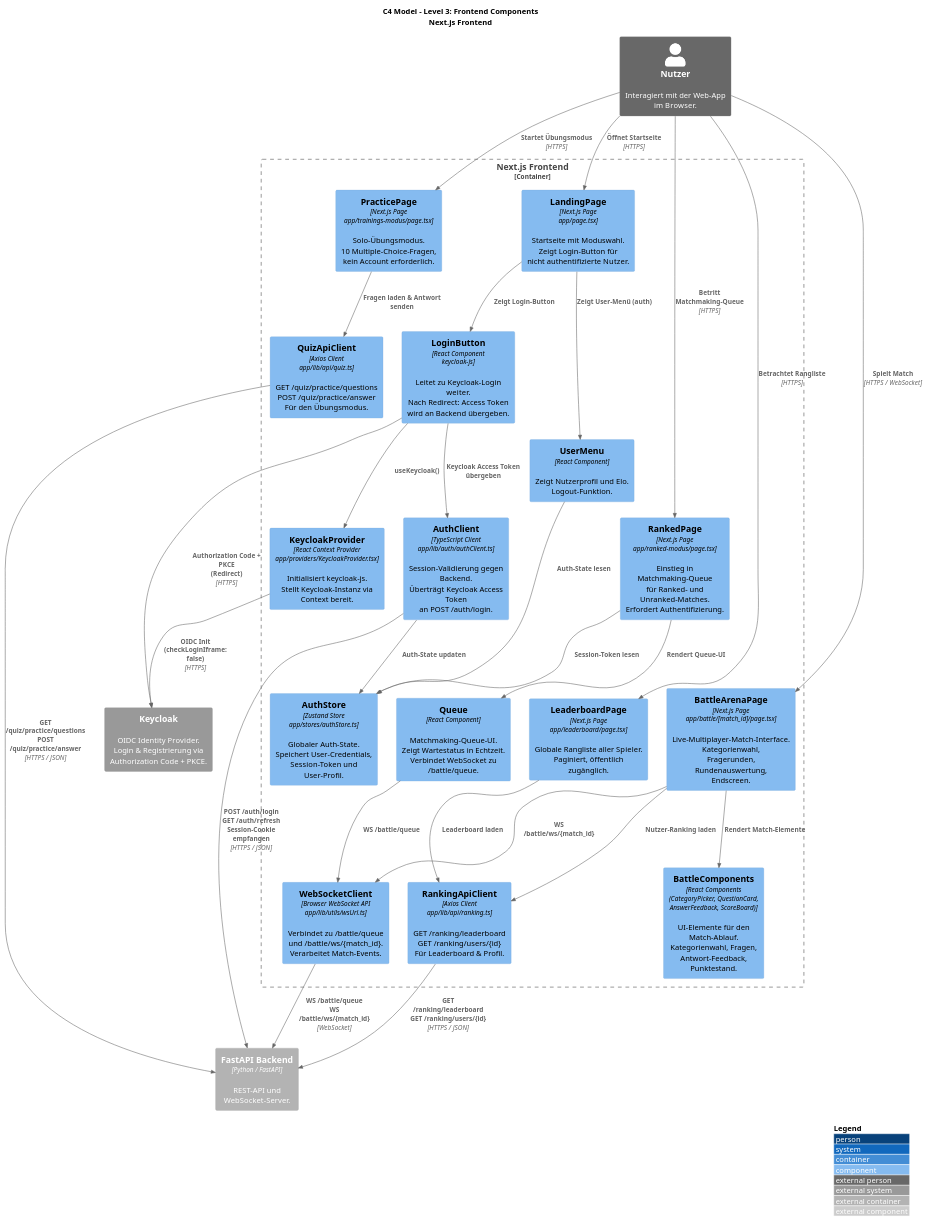
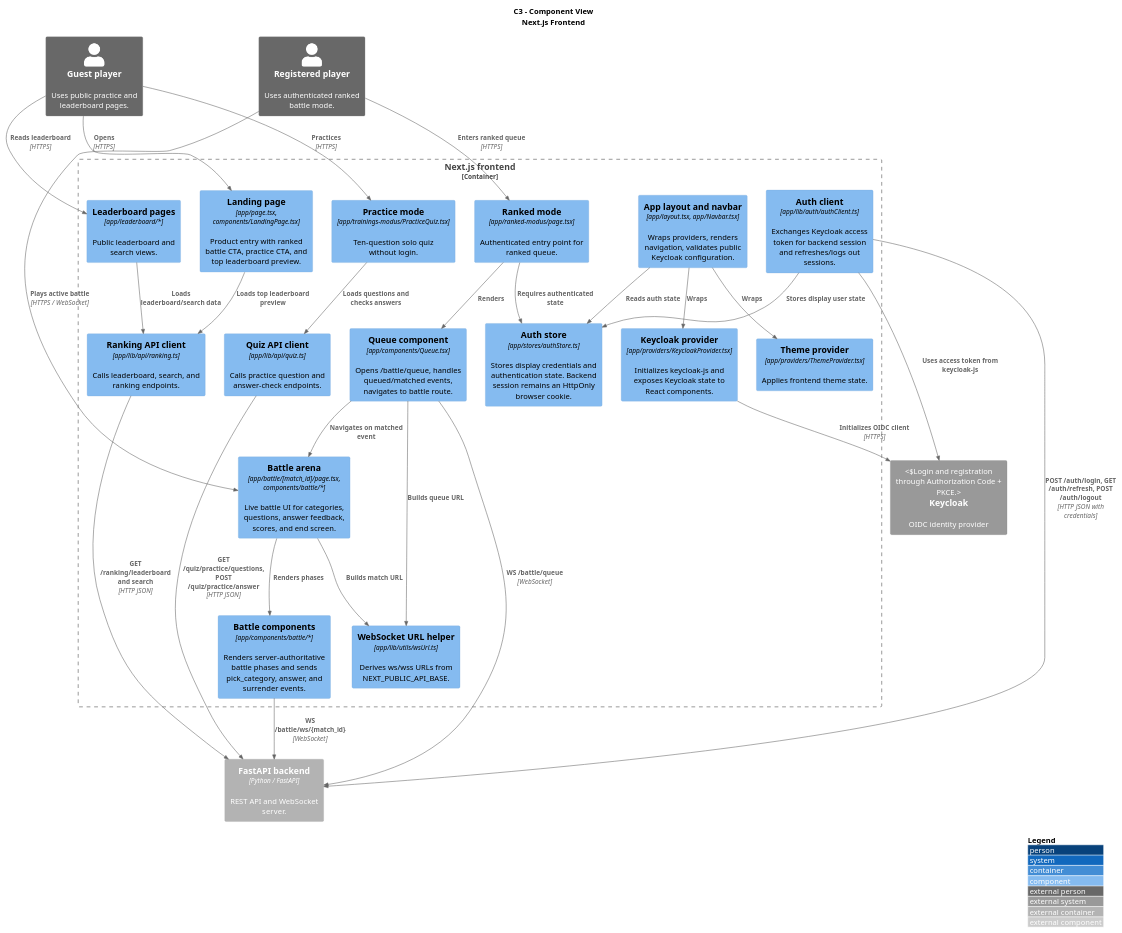
Before and after one commit to Gravefax/Quizzard-of-Oz: the diagram in docs/c4/c3_frontend_components.puml, drawn with PlantUML. The commit also changed 17 other files, not shown here.

```diff
--- a/docs/c4/c3_frontend_components.puml
+++ b/docs/c4/c3_frontend_components.puml
@@ -1,87 +1,60 @@
 @startuml C3_Frontend_Components
 !include https://raw.githubusercontent.com/plantuml-stdlib/C4-PlantUML/master/C4_Component.puml
 
 LAYOUT_WITH_LEGEND()
 
-title C4 Model - Level 3: Frontend Components\nNext.js Frontend
+title C3 - Component View\nNext.js Frontend
 
-Person_Ext(user, "Nutzer", "Interagiert mit der Web-App\nim Browser.")
-Container_Ext(backend, "FastAPI Backend", "Python / FastAPI", "REST-API und WebSocket-Server.")
-System_Ext(keycloak, "Keycloak", "OIDC Identity Provider.\nLogin & Registrierung via\nAuthorization Code + PKCE.")
+Person_Ext(guest, "Guest player", "Uses public practice and leaderboard pages.")
+Person_Ext(registered, "Registered player", "Uses authenticated ranked battle mode.")
+Container_Ext(backend, "FastAPI backend", "Python / FastAPI", "REST API and WebSocket server.")
+System_Ext(keycloak, "Keycloak", "OIDC identity provider", "Login and registration through Authorization Code + PKCE.")
 
-Container_Boundary(frontend, "Next.js Frontend") {
+Container_Boundary(frontend, "Next.js frontend") {
+    Component(app_layout, "App layout and navbar", "app/layout.tsx, app/Navbar.tsx", "Wraps providers, renders navigation, validates public Keycloak configuration.")
+    Component(landing_page, "Landing page", "app/page.tsx, components/LandingPage.tsx", "Product entry with ranked battle CTA, practice CTA, and top leaderboard preview.")
+    Component(practice_page, "Practice mode", "app/trainings-modus/PracticeQuiz.tsx", "Ten-question solo quiz without login.")
+    Component(ranked_page, "Ranked mode", "app/ranked-modus/page.tsx", "Authenticated entry point for ranked queue.")
+    Component(battle_page, "Battle arena", "app/battle/[match_id]/page.tsx, components/battle/*", "Live battle UI for categories, questions, answer feedback, scores, and end screen.")
+    Component(leaderboard_page, "Leaderboard pages", "app/leaderboard/*", "Public leaderboard and search views.")
 
-    ' ── Pages ──────────────────────────────────────────────────
-    Component(landing_page, "LandingPage", "Next.js Page\napp/page.tsx", "Startseite mit Moduswahl.\nZeigt Login-Button für\nnicht authentifizierte Nutzer.")
-
-    Component(practice_page, "PracticePage", "Next.js Page\napp/trainings-modus/page.tsx", "Solo-Übungsmodus.\n10 Multiple-Choice-Fragen,\nkein Account erforderlich.")
-
-    Component(ranked_page, "RankedPage", "Next.js Page\napp/ranked-modus/page.tsx", "Einstieg in Matchmaking-Queue\nfür Ranked- und Unranked-Matches.\nErfordert Authentifizierung.")
-
-    Component(leaderboard_page, "LeaderboardPage", "Next.js Page\napp/leaderboard/page.tsx", "Globale Rangliste aller Spieler.\nPaginiert, öffentlich zugänglich.")
-
-    Component(battle_arena_page, "BattleArenaPage", "Next.js Page\napp/battle/[match_id]/page.tsx", "Live-Multiplayer-Match-Interface.\nKategorienwahl, Fragerunden,\nRundenauswertung, Endscreen.")
-
-    ' ── Components ─────────────────────────────────────────────
-    Component(login_button, "LoginButton", "React Component\nkeycloak-js", "Leitet zu Keycloak-Login weiter.\nNach Redirect: Access Token\nwird an Backend übergeben.")
-
-    Component(user_menu, "UserMenu", "React Component", "Zeigt Nutzerprofil und Elo.\nLogout-Funktion.")
-
-    Component(queue_component, "Queue", "React Component", "Matchmaking-Queue-UI.\nZeigt Wartestatus in Echtzeit.\nVerbindet WebSocket zu /battle/queue.")
-
-    Component(battle_components, "BattleComponents", "React Components\n(CategoryPicker, QuestionCard,\nAnswerFeedback, ScoreBoard)", "UI-Elemente für den Match-Ablauf.\nKategorienwahl, Fragen,\nAntwort-Feedback, Punktestand.")
-
-    ' ── Provider ───────────────────────────────────────────────
-    Component(keycloak_provider, "KeycloakProvider", "React Context Provider\napp/providers/KeycloakProvider.tsx", "Initialisiert keycloak-js.\nStellt Keycloak-Instanz via\nContext bereit.")
-
-    ' ── State ──────────────────────────────────────────────────
-    Component(auth_store, "AuthStore", "Zustand Store\napp/stores/authStore.ts", "Globaler Auth-State.\nSpeichert User-Credentials,\nSession-Token und User-Profil.")
-
-    ' ── API Clients ────────────────────────────────────────────
-    Component(auth_client, "AuthClient", "TypeScript Client\napp/lib/auth/authClient.ts", "Session-Validierung gegen Backend.\nÜberträgt Keycloak Access Token\nan POST /auth/login.")
-
-    Component(quiz_api_client, "QuizApiClient", "Axios Client\napp/lib/api/quiz.ts", "GET /quiz/practice/questions\nPOST /quiz/practice/answer\nFür den Übungsmodus.")
-
-    Component(ranking_api_client, "RankingApiClient", "Axios Client\napp/lib/api/ranking.ts", "GET /ranking/leaderboard\nGET /ranking/users/{id}\nFür Leaderboard & Profil.")
-
-    Component(ws_client, "WebSocketClient", "Browser WebSocket API\napp/lib/utils/wsUrl.ts", "Verbindet zu /battle/queue\nund /battle/ws/{match_id}.\nVerarbeitet Match-Events.")
+    Component(keycloak_provider, "Keycloak provider", "app/providers/KeycloakProvider.tsx", "Initializes keycloak-js and exposes Keycloak state to React components.")
+    Component(theme_provider, "Theme provider", "app/providers/ThemeProvider.tsx", "Applies frontend theme state.")
+    Component(auth_store, "Auth store", "app/stores/authStore.ts", "Stores display credentials and authentication state. Backend session remains an HttpOnly browser cookie.")
+    Component(auth_client, "Auth client", "app/lib/auth/authClient.ts", "Exchanges Keycloak access token for backend session and refreshes/logs out sessions.")
+    Component(quiz_client, "Quiz API client", "app/lib/api/quiz.ts", "Calls practice question and answer-check endpoints.")
+    Component(ranking_client, "Ranking API client", "app/lib/api/ranking.ts", "Calls leaderboard, search, and ranking endpoints.")
+    Component(ws_url, "WebSocket URL helper", "app/lib/utils/wsUrl.ts", "Derives ws/wss URLs from NEXT_PUBLIC_API_BASE.")
+    Component(queue_component, "Queue component", "app/components/Queue.tsx", "Opens /battle/queue, handles queued/matched events, navigates to battle route.")
+    Component(battle_components, "Battle components", "app/components/battle/*", "Renders server-authoritative battle phases and sends pick_category, answer, and surrender events.")
 }
 
-' ── Nutzer → Pages ─────────────────────────────────────────────
-Rel(user, landing_page, "Öffnet Startseite", "HTTPS")
-Rel(user, practice_page, "Startet Übungsmodus", "HTTPS")
-Rel(user, ranked_page, "Betritt Matchmaking-Queue", "HTTPS")
-Rel(user, leaderboard_page, "Betrachtet Rangliste", "HTTPS")
-Rel(user, battle_arena_page, "Spielt Match", "HTTPS / WebSocket")
+Rel(guest, landing_page, "Opens", "HTTPS")
+Rel(guest, practice_page, "Practices", "HTTPS")
+Rel(guest, leaderboard_page, "Reads leaderboard", "HTTPS")
+Rel(registered, ranked_page, "Enters ranked queue", "HTTPS")
+Rel(registered, battle_page, "Plays active battle", "HTTPS / WebSocket")
 
-' ── Pages → Components ─────────────────────────────────────────
-Rel(landing_page, login_button, "Zeigt Login-Button")
-Rel(landing_page, user_menu, "Zeigt User-Menü (auth)")
-Rel(ranked_page, queue_component, "Rendert Queue-UI")
-Rel(battle_arena_page, battle_components, "Rendert Match-Elemente")
+Rel(app_layout, keycloak_provider, "Wraps")
+Rel(app_layout, theme_provider, "Wraps")
+Rel(app_layout, auth_store, "Reads auth state")
+Rel(landing_page, ranking_client, "Loads top leaderboard preview")
+Rel(practice_page, quiz_client, "Loads questions and checks answers")
+Rel(ranked_page, auth_store, "Requires authenticated state")
+Rel(ranked_page, queue_component, "Renders")
+Rel(queue_component, ws_url, "Builds queue URL")
+Rel(queue_component, backend, "WS /battle/queue", "WebSocket")
+Rel(queue_component, battle_page, "Navigates on matched event")
+Rel(battle_page, battle_components, "Renders phases")
+Rel(battle_page, ws_url, "Builds match URL")
+Rel(battle_components, backend, "WS /battle/ws/{match_id}", "WebSocket")
+Rel(leaderboard_page, ranking_client, "Loads leaderboard/search data")
 
-' ── Components → Clients ───────────────────────────────────────
-Rel(login_button, keycloak, "Authorization Code + PKCE\n(Redirect)", "HTTPS")
-Rel(login_button, auth_client, "Keycloak Access Token übergeben")
-Rel(queue_component, ws_client, "WS /battle/queue")
-Rel(battle_arena_page, ws_client, "WS /battle/ws/{match_id}")
-Rel(practice_page, quiz_api_client, "Fragen laden & Antwort senden")
-Rel(leaderboard_page, ranking_api_client, "Leaderboard laden")
-Rel(battle_arena_page, ranking_api_client, "Nutzer-Ranking laden")
-
-' ── Provider ───────────────────────────────────────────────────
-Rel(keycloak_provider, keycloak, "OIDC Init\n(checkLoginIframe: false)", "HTTPS")
-Rel(login_button, keycloak_provider, "useKeycloak()")
-
-' ── Clients ↔ State ────────────────────────────────────────────
-Rel(auth_client, auth_store, "Auth-State updaten")
-Rel(user_menu, auth_store, "Auth-State lesen")
-Rel(ranked_page, auth_store, "Session-Token lesen")
-
-' ── Clients → Backend ──────────────────────────────────────────
-Rel(auth_client, backend, "POST /auth/login\nGET /auth/refresh\nSession-Cookie empfangen", "HTTPS / JSON")
-Rel(quiz_api_client, backend, "GET /quiz/practice/questions\nPOST /quiz/practice/answer", "HTTPS / JSON")
-Rel(ranking_api_client, backend, "GET /ranking/leaderboard\nGET /ranking/users/{id}", "HTTPS / JSON")
-Rel(ws_client, backend, "WS /battle/queue\nWS /battle/ws/{match_id}", "WebSocket")
+Rel(keycloak_provider, keycloak, "Initializes OIDC client", "HTTPS")
+Rel(auth_client, keycloak, "Uses access token from keycloak-js")
+Rel(auth_client, backend, "POST /auth/login, GET /auth/refresh, POST /auth/logout", "HTTP JSON with credentials")
+Rel(auth_client, auth_store, "Stores display user state")
+Rel(quiz_client, backend, "GET /quiz/practice/questions, POST /quiz/practice/answer", "HTTP JSON")
+Rel(ranking_client, backend, "GET /ranking/leaderboard and search", "HTTP JSON")
 
 @enduml
```
